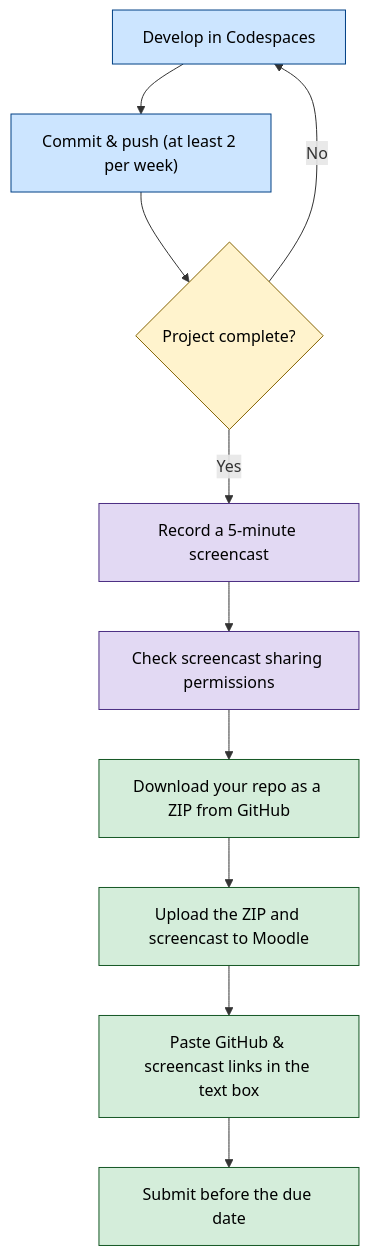
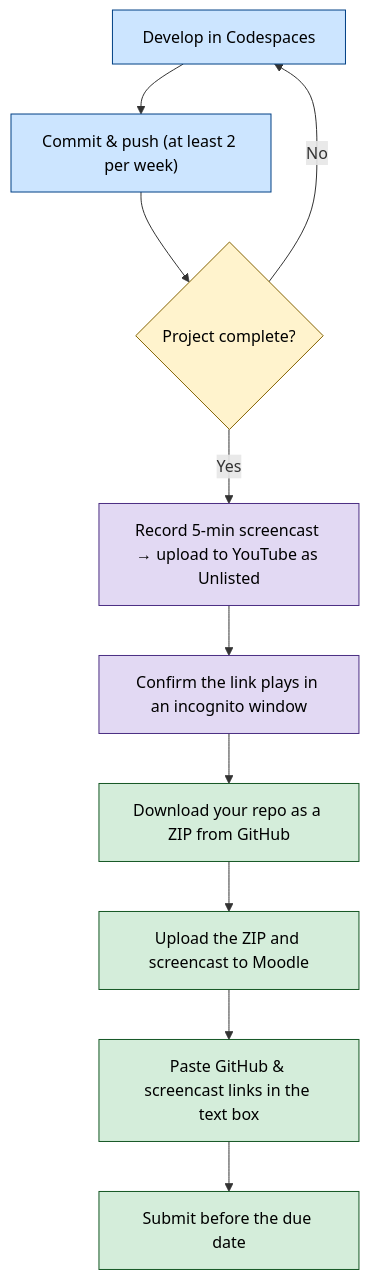
The third of 3 diagrams in project-brief.md (DanielCreggOrganization/aooc-project-template), drawn with Mermaid before and after one commit. The commit also changed other lines of this file, not shown here.

First line of the commit message:
Use unlisted YouTube for screencast; finalise structure & class diagrams

````diff
--- a/project-brief.md
+++ b/project-brief.md
@@ -191,21 +138,21 @@
 ```mermaid
 flowchart TD
     A[Develop in Codespaces] --> B["Commit & push (at least 2 per week)"]
     B --> C{Project complete?}
     C -->|No| A
-    C -->|Yes| D[Record a 5-minute screencast]
-    D --> E[Check screencast sharing permissions]
+    C -->|Yes| D["Record 5-min screencast → upload to YouTube as Unlisted"]
+    D --> E["Confirm the link plays in an incognito window"]
     E --> F[Download your repo as a ZIP from GitHub]
     F --> G[Upload the ZIP and screencast to Moodle]
     G --> H["Paste GitHub & screencast links in the text box"]
     H --> I[Submit before the due date]
 
     classDef dev      fill:#cce5ff,stroke:#004085,color:#000
     classDef decision fill:#fff3cd,stroke:#856404,color:#000
     classDef cast     fill:#e2d9f3,stroke:#4b2e83,color:#000
     classDef submit   fill:#d4edda,stroke:#155724,color:#000
     class A,B dev
     class C decision
     class D,E cast
     class F,G,H,I submit
 ```
````
